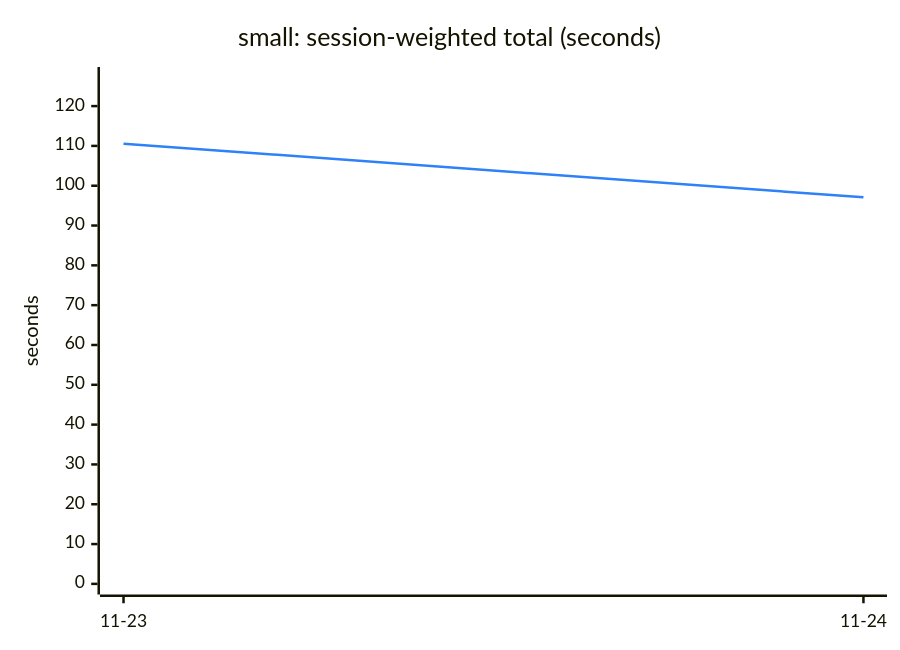
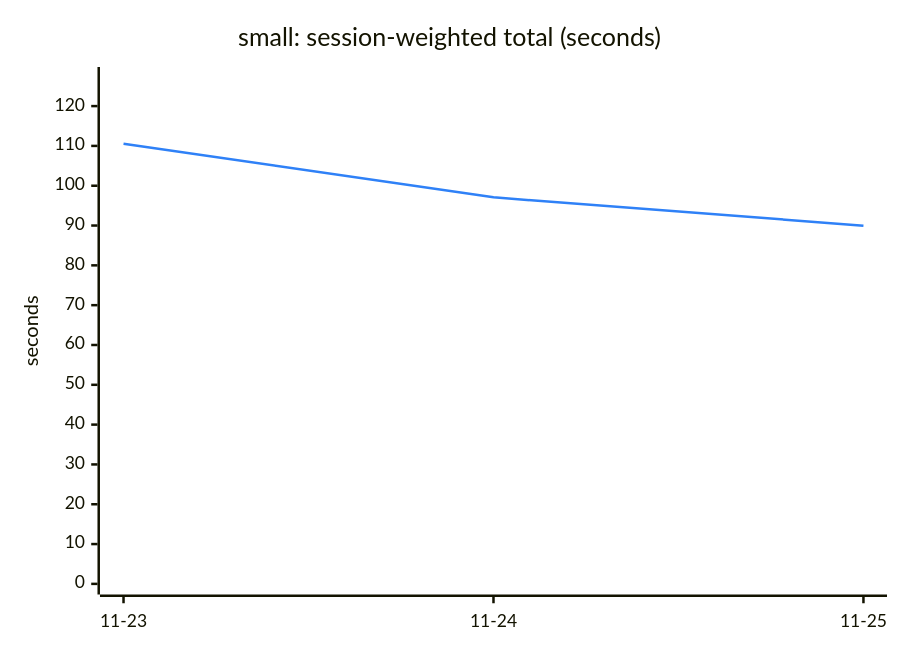
One commit to engalar/mxcli changed the first of 6 diagrams in TREND.md. Above: the diagram before and after it, drawn with Mermaid. The commit also changed other lines of this file and 2 other files, not shown here.

````diff
--- a/TREND.md
+++ b/TREND.md
@@ -13,13 +13,13 @@
 ```mermaid
 ---
 config:
   themeVariables:
     xyChart:
       plotColorPalette: "#2f81f7"
 ---
 xychart-beta
     title "small: session-weighted total (seconds)"
-    x-axis ["11-23", "11-24"]
+    x-axis ["11-23", "11-24", "11-25"]
     y-axis "seconds" 0 --> 127.15
-    line [110.57, 97.08]
+    line [110.57, 97.08, 89.97]
 ```
````
